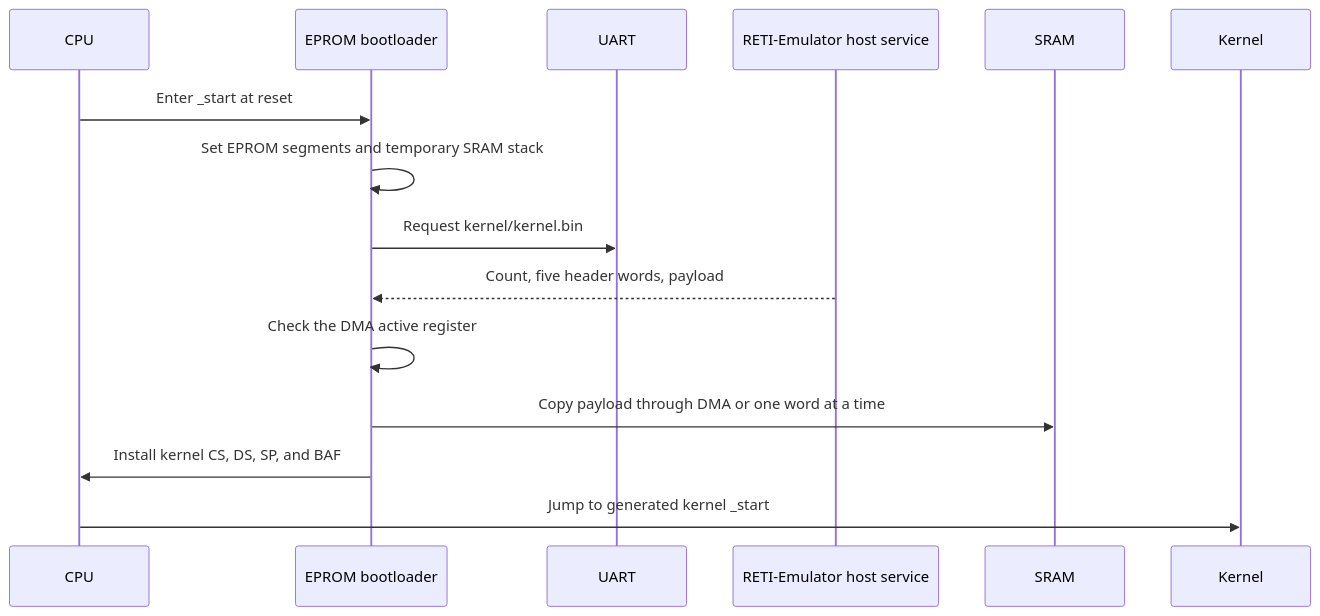
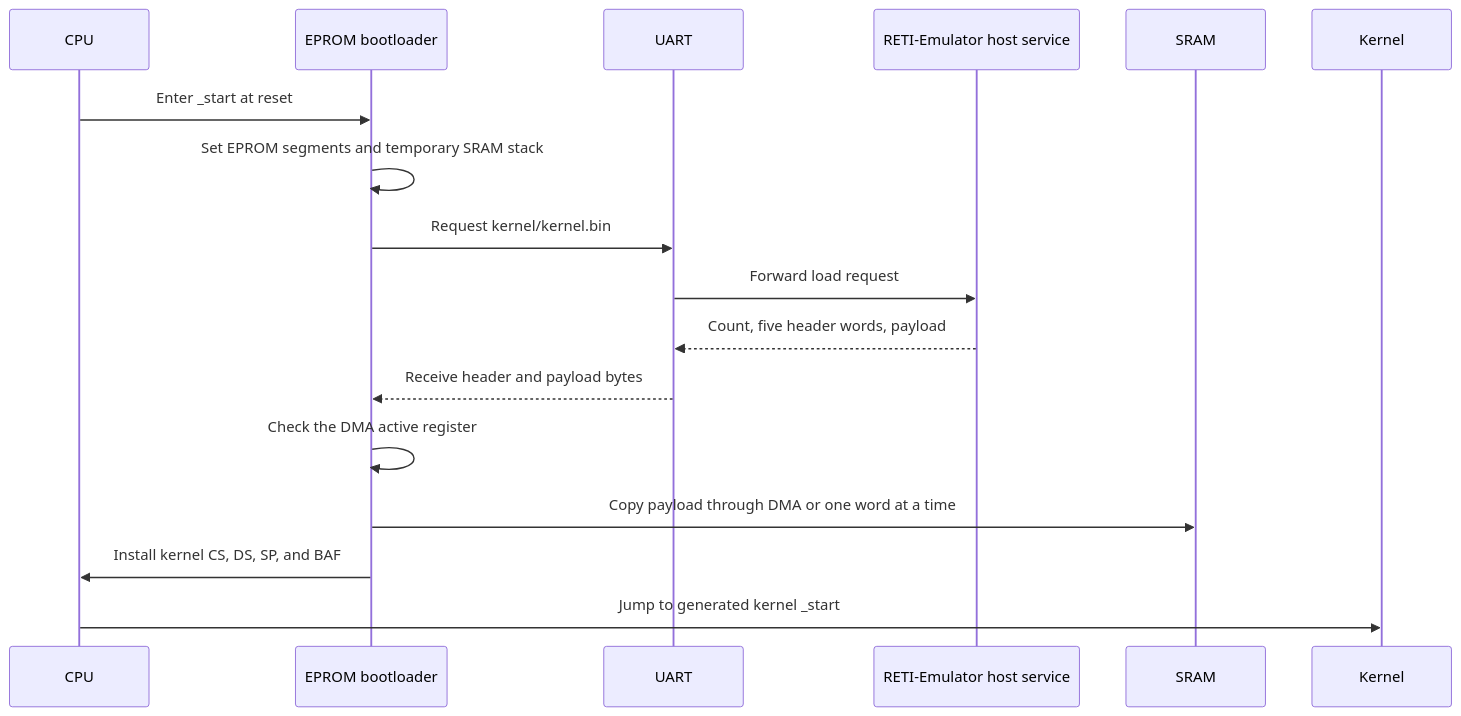
Before and after one commit to matthejue/Pico-OS: the sixth of 30 diagrams in README.md, drawn with Mermaid. The commit also changed other lines of this file, not shown here.

Commit message:
updated README with clearer explanations, diagrams, and source links

````diff
--- a/README.md
+++ b/README.md
@@ -964,18 +1035,20 @@
 ```mermaid
 sequenceDiagram
     participant CPU
     participant EPROM as EPROM bootloader
     participant UART
     participant Host as RETI-Emulator host service
     participant SRAM
     participant Kernel
 
     CPU->>EPROM: Enter _start at reset
     EPROM->>EPROM: Set EPROM segments and temporary SRAM stack
     EPROM->>UART: Request kernel/kernel.bin
-    Host-->>EPROM: Count, five header words, payload
+    UART->>Host: Forward load request
+    Host-->>UART: Count, five header words, payload
+    UART-->>EPROM: Receive header and payload bytes
     EPROM->>EPROM: Check the DMA active register
     EPROM->>SRAM: Copy payload through DMA or one word at a time
     EPROM->>CPU: Install kernel CS, DS, SP, and BAF
     CPU->>Kernel: Jump to generated kernel _start
 ```
````
